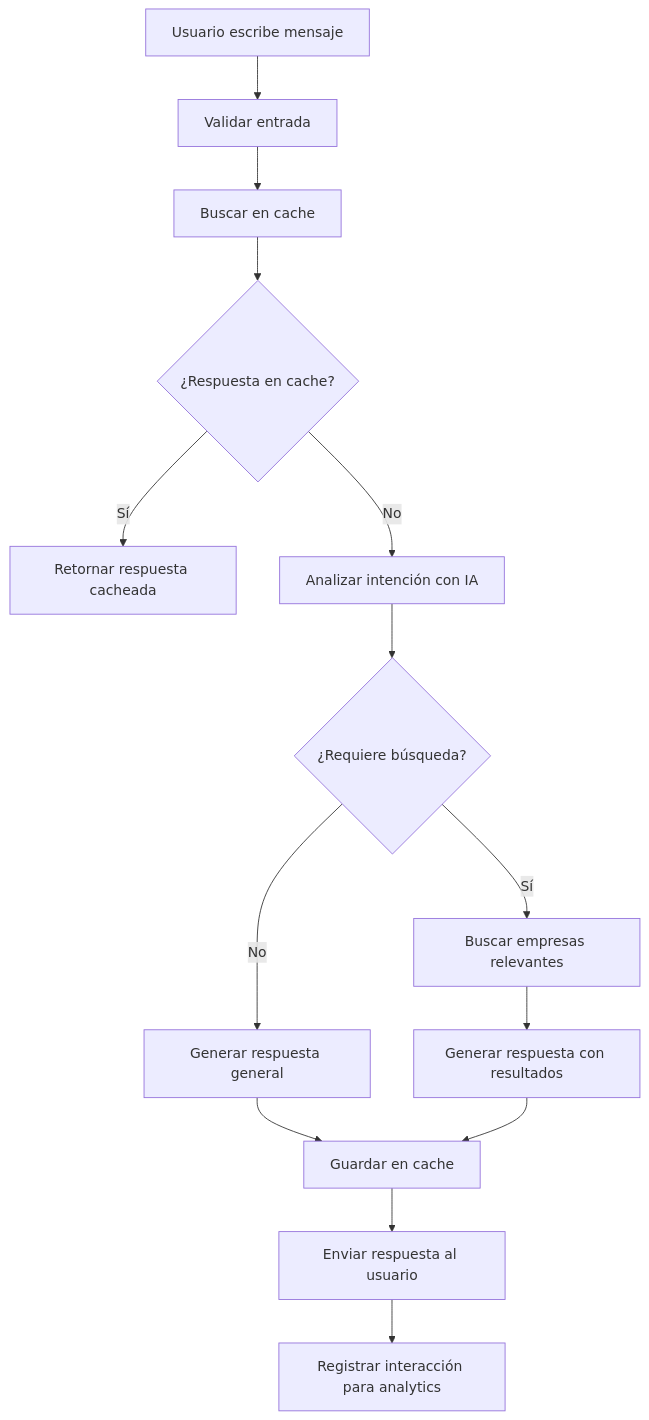
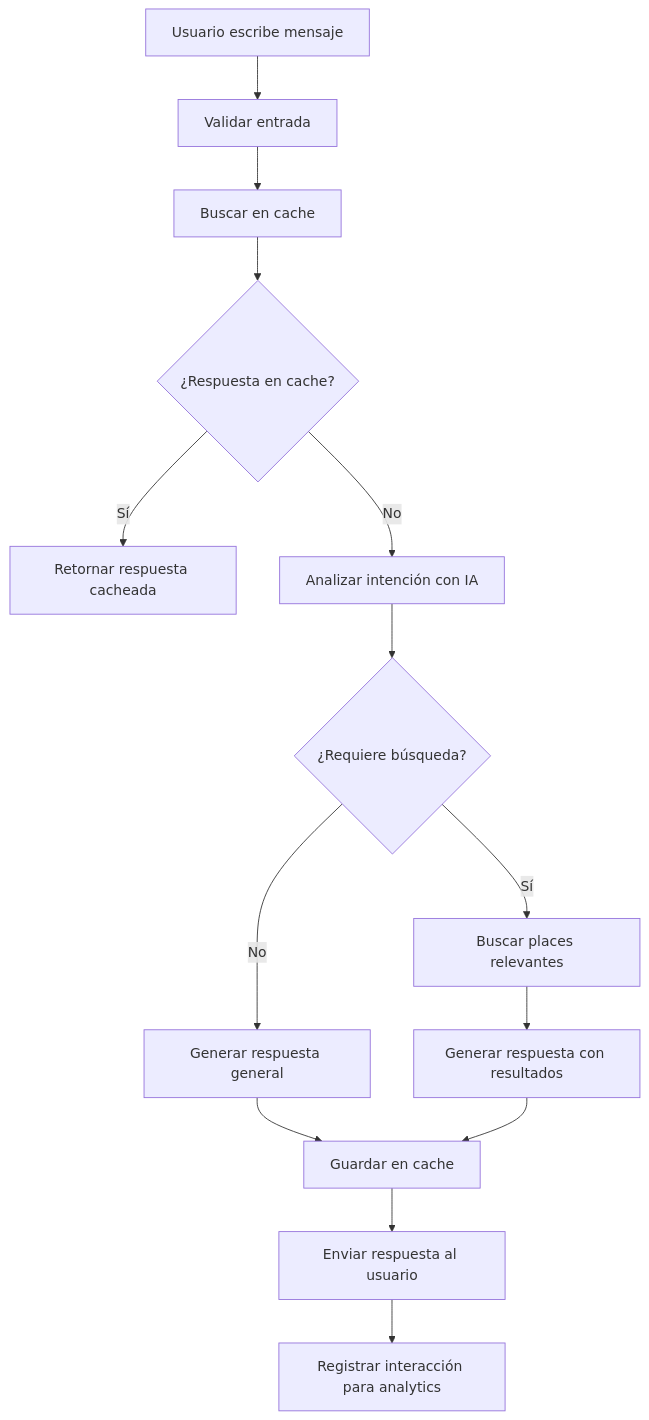
The first of 3 diagrams in .github/instructions/ai-instructions.md (GabrielZavando/Directorio-concon), drawn with Mermaid before and after one commit. The commit also changed other lines of this file and 68 other files, not shown here.

First line of the commit message:
feat(backend): replace empresas with places entity and extended schema

````diff
--- a/.github/instructions/ai-instructions.md
+++ b/.github/instructions/ai-instructions.md
@@ -792,16 +792,16 @@
 ```mermaid
 graph TD
     A[Usuario escribe mensaje] --> B[Validar entrada]
     B --> C[Buscar en cache]
     C --> D{¿Respuesta en cache?}
     D -->|Sí| E[Retornar respuesta cacheada]
     D -->|No| F[Analizar intención con IA]
     F --> G{¿Requiere búsqueda?}
-    G -->|Sí| H[Buscar empresas relevantes]
+    G -->|Sí| H[Buscar places relevantes]
     G -->|No| I[Generar respuesta general]
     H --> J[Generar respuesta con resultados]
     I --> K[Guardar en cache]
     J --> K
     K --> L[Enviar respuesta al usuario]
     L --> M[Registrar interacción para analytics]
 ```
````
